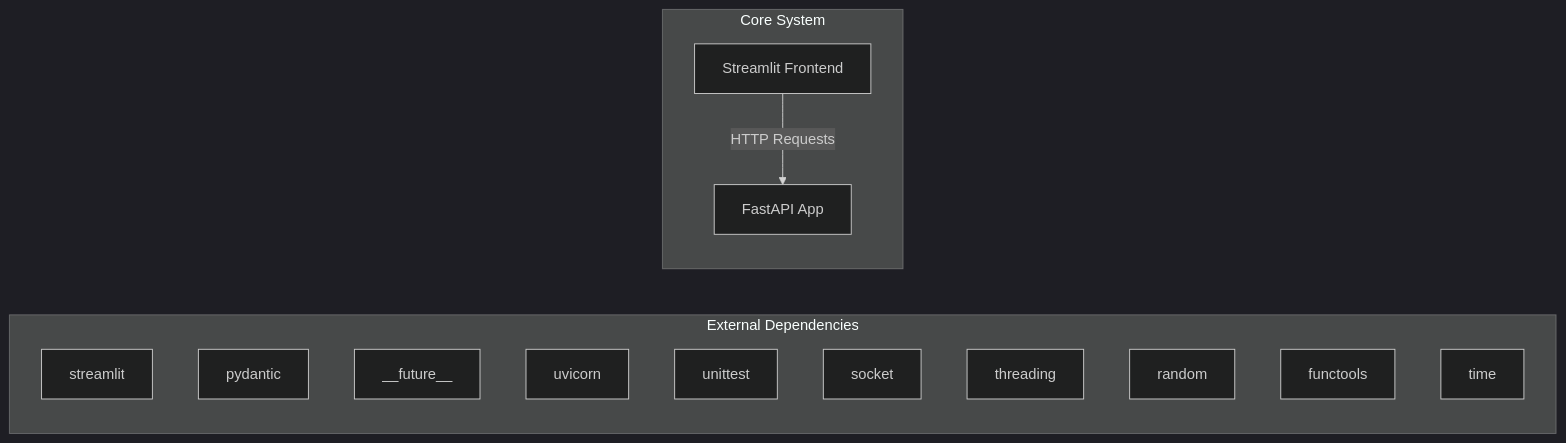
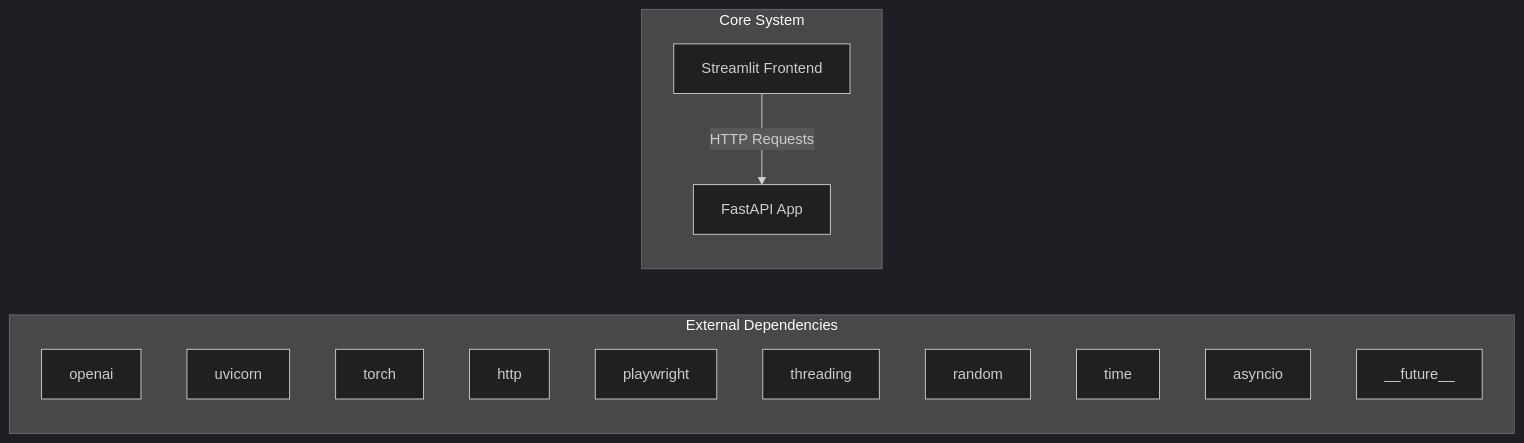
One commit to NITISH-R-G/rag-context-optimizer changed the first of 2 diagrams in docs/architecture.md. Above: the diagram before and after it, drawn with Mermaid (dark theme). The commit also changed 1 other file, not shown here.

Commit message:
docs: auto-update repository knowledge, architecture diagrams, and documentation

````diff
--- a/docs/architecture.md
+++ b/docs/architecture.md
@@ -7,20 +7,20 @@
 ```mermaid
 graph LR
     subgraph External Dependencies
-        E0["streamlit"]
-        E1["pydantic"]
-        E2["__future__"]
-        E3["uvicorn"]
-        E4["unittest"]
-        E5["socket"]
-        E6["threading"]
-        E7["random"]
-        E8["functools"]
-        E9["time"]
+        E0["openai"]
+        E1["uvicorn"]
+        E2["torch"]
+        E3["http"]
+        E4["playwright"]
+        E5["threading"]
+        E6["random"]
+        E7["time"]
+        E8["asyncio"]
+        E9["__future__"]
     end
     subgraph Core System
         API["FastAPI App"]
         UI["Streamlit Frontend"]
     end
     UI -->|HTTP Requests| API
 ```
````
